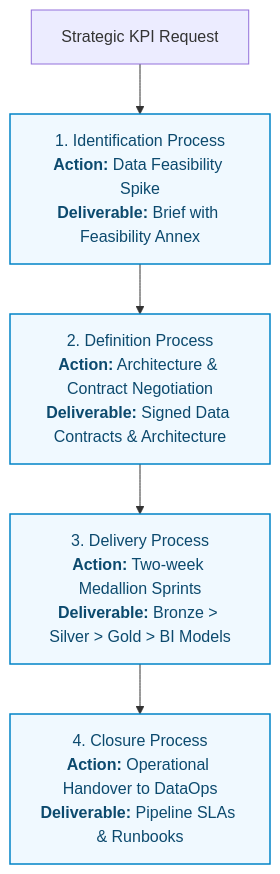
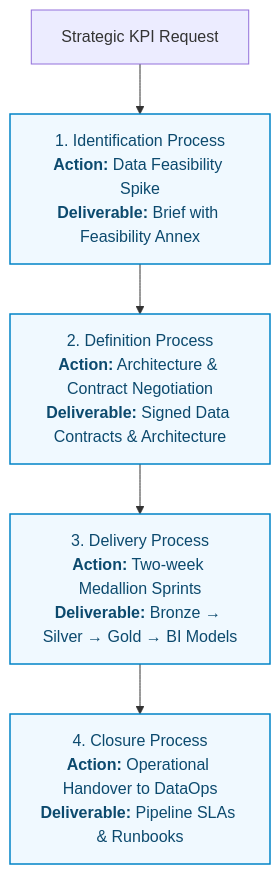
One commit to Balasubramanian-pg/Praxis-Framework changed the first of 2 diagrams in Praxis for Data and BI.md. Above: the diagram before and after it, drawn with Mermaid.

Commit message:
fix(mermaid): sanitize arrows in node labels for Praxis for Data and BI.md

````diff
--- a/Praxis for Data and BI.md
+++ b/Praxis for Data and BI.md
@@ -84,10 +84,10 @@
 ```mermaid
 flowchart TD
     REQ["Strategic KPI Request"] --> ID["1. Identification Process<br><b>Action:</b> Data Feasibility Spike<br><b>Deliverable:</b> Brief with Feasibility Annex"]
     ID --> DEF["2. Definition Process<br><b>Action:</b> Architecture & Contract Negotiation<br><b>Deliverable:</b> Signed Data Contracts & Architecture"]
-    DEF --> DEL["3. Delivery Process<br><b>Action:</b> Two-week Medallion Sprints<br><b>Deliverable:</b> Bronze > Silver > Gold > BI Models"]
+    DEF --> DEL["3. Delivery Process<br><b>Action:</b> Two-week Medallion Sprints<br><b>Deliverable:</b> Bronze → Silver → Gold → BI Models"]
     DEL --> CLO["4. Closure Process<br><b>Action:</b> Operational Handover to DataOps<br><b>Deliverable:</b> Pipeline SLAs & Runbooks"]
 
     classDef proc fill:#f0f9ff,stroke:#0284c7,stroke-width:1.5px,color:#0c4a6e;
     class ID,DEF,DEL,CLO proc;
 ```
````
